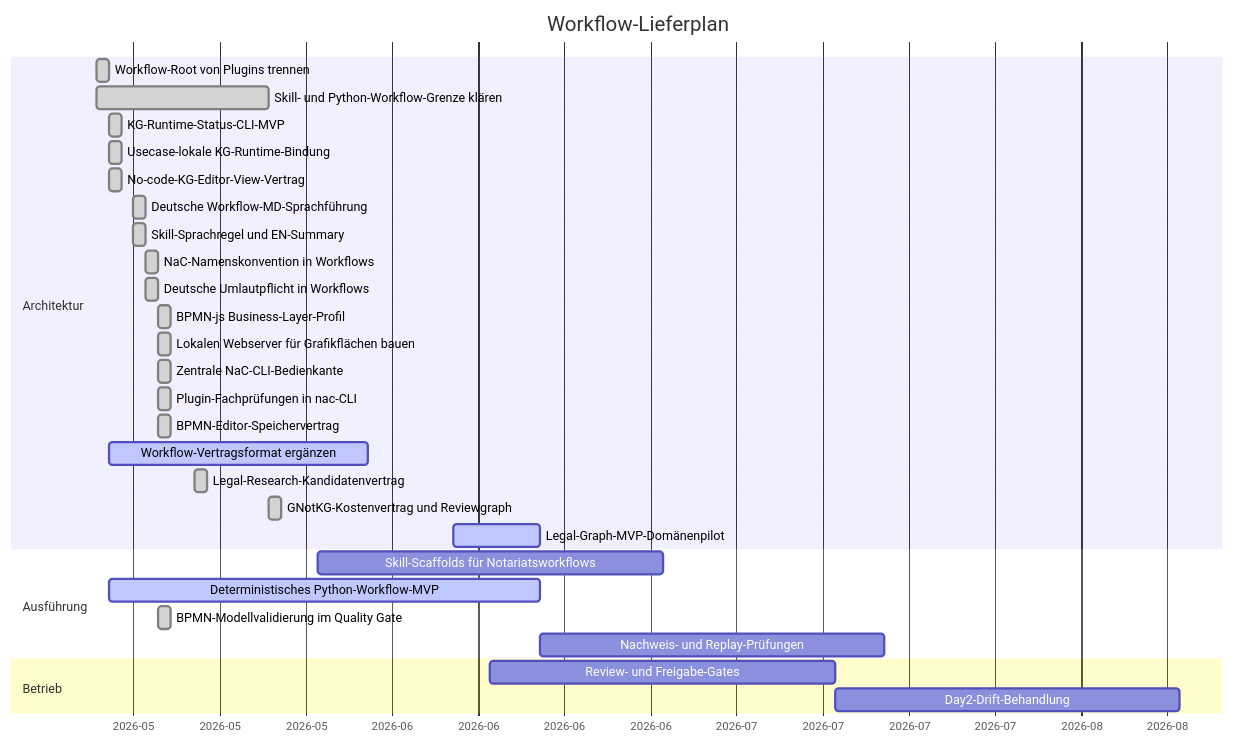
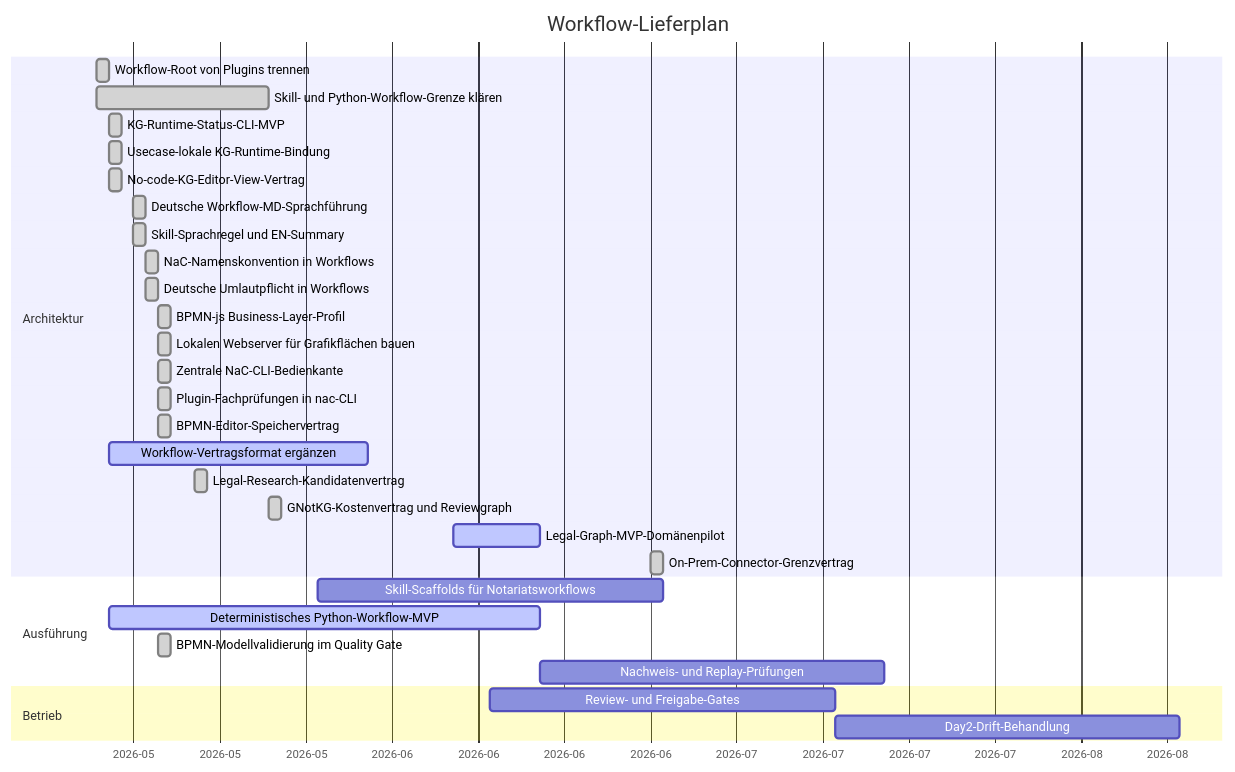
One commit to notariat8/NaC changed the diagram in workflows/GANTT.md. Above: the diagram before and after it, drawn with Mermaid. The commit also changed other lines of this file and 15 other files, not shown here.

Commit message:
docs: add on-prem connector boundary contract

````diff
--- a/workflows/GANTT.md
+++ b/workflows/GANTT.md
@@ -5,36 +5,37 @@
 ```mermaid
 gantt
     title Workflow-Lieferplan
     dateFormat  YYYY-MM-DD
     axisFormat  %Y-%m
 
     section Architektur
     Workflow-Root von Plugins trennen          :done,   w1, 2026-05-14, 1d
     Skill- und Python-Workflow-Grenze klären  :done,   w2, 2026-05-14, 14d
     KG-Runtime-Status-CLI-MVP                  :done,   w3, 2026-05-15, 1d
     Usecase-lokale KG-Runtime-Bindung          :done,   w3a, 2026-05-15, 1d
     No-code-KG-Editor-View-Vertrag             :done,   w4a, 2026-05-15, 1d
     Deutsche Workflow-MD-Sprachführung        :done,   w4b, 2026-05-17, 1d
     Skill-Sprachregel und EN-Summary            :done,   w4c, 2026-05-17, 1d
     NaC-Namenskonvention in Workflows           :done,   w4d, 2026-05-18, 1d
     Deutsche Umlautpflicht in Workflows         :done,   w4e, 2026-05-18, 1d
     BPMN-js Business-Layer-Profil               :done,   w4f, 2026-05-19, 1d
     Lokalen Webserver für Grafikflächen bauen  :done,   w4g, 2026-05-19, 1d
     Zentrale NaC-CLI-Bedienkante                :done,   w4h, 2026-05-19, 1d
     Plugin-Fachprüfungen in nac-CLI             :done,   w4i, 2026-05-19, 1d
     BPMN-Editor-Speichervertrag                 :done,   w4j, 2026-05-19, 1d
     Workflow-Vertragsformat ergänzen          :active, w4, 2026-05-15, 21d
     Legal-Research-Kandidatenvertrag           :done,   w4k, 2026-05-22, 1d
     GNotKG-Kostenvertrag und Reviewgraph        :done,   w4l, 2026-05-28, 1d
     Legal-Graph-MVP-Domänenpilot              :active, w4m, 2026-06-12, 7d
+    On-Prem-Connector-Grenzvertrag            :done,   w4n, 2026-06-28, 1d
 
     section Ausführung
     Skill-Scaffolds für Notariatsworkflows    :        w5, 2026-06-01, 28d
     Deterministisches Python-Workflow-MVP      :active, w6, 2026-05-15, 35d
     BPMN-Modellvalidierung im Quality Gate      :done,   w6a, 2026-05-19, 1d
     Nachweis- und Replay-Prüfungen            :        w7, after w6, 28d
 
     section Betrieb
     Review- und Freigabe-Gates                 :        w8, 2026-06-15, 28d
     Day2-Drift-Behandlung                      :        w9, after w8, 28d
 ```
````
